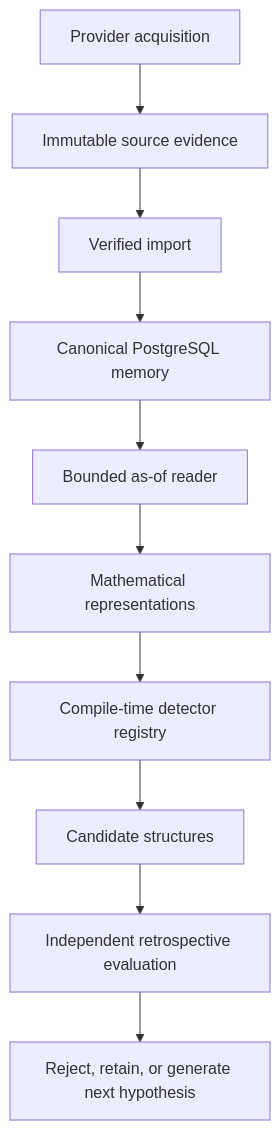
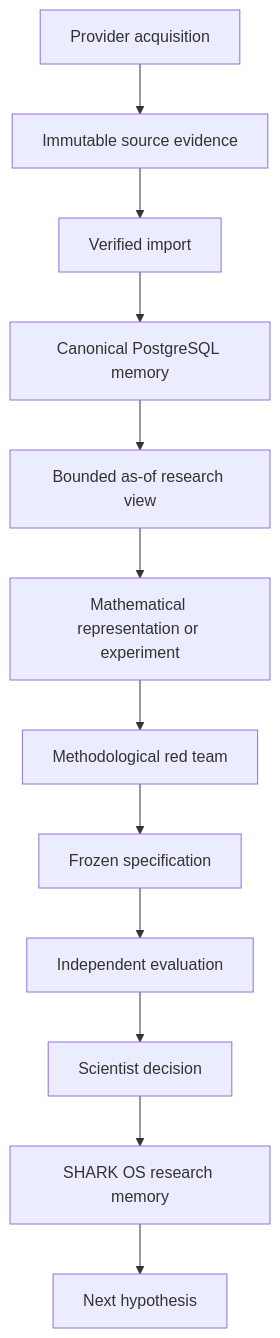
Before and after one commit to Andy11-cpu/shark-case-study: the first of 2 diagrams in ARCHITECTURE.md, drawn with Mermaid. The commit also changed other lines of this file and 3 other files, not shown here.

Commit message:
Refresh SHARK public research case study

````diff
--- a/ARCHITECTURE.md
+++ b/ARCHITECTURE.md
@@ -9,12 +11,14 @@
 ```mermaid
 flowchart TD
     A[Provider acquisition] --> B[Immutable source evidence]
     B --> C[Verified import]
     C --> D[Canonical PostgreSQL memory]
-    D --> E[Bounded as-of reader]
-    E --> F[Mathematical representations]
-    F --> G[Compile-time detector registry]
-    G --> H[Candidate structures]
-    H --> I[Independent retrospective evaluation]
-    I --> J[Reject, retain, or generate next hypothesis]
+    D --> E[Bounded as-of research view]
+    E --> F[Mathematical representation or experiment]
+    F --> G[Methodological red team]
+    G --> H[Frozen specification]
+    H --> I[Independent evaluation]
+    I --> J[Scientist decision]
+    J --> K[SHARK OS research memory]
+    K --> L[Next hypothesis]
 ```
````
